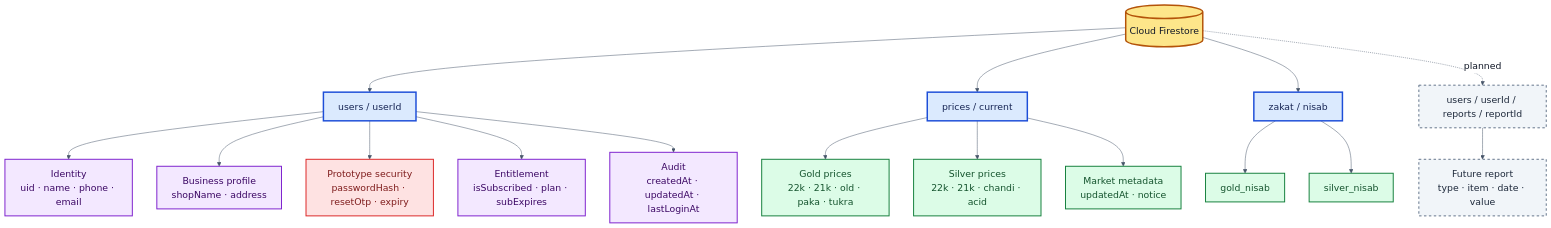
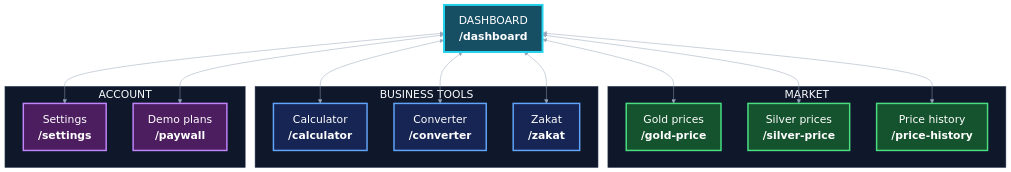
Before and after one commit to Rihabz1/Swarnakar: the fourth of 8 diagrams in README.md, drawn with Mermaid. The commit also changed other lines of this file and 32 other files, not shown here.

```diff
--- a/README.md
+++ b/README.md
@@ -277,38 +276,40 @@
 ~~~mermaid
-%%{init: {"theme":"base","themeVariables":{"darkMode":false,"background":"#FFFFFF","fontSize":"19px","fontFamily":"Arial","textColor":"#111827","primaryTextColor":"#111827","secondaryTextColor":"#111827","tertiaryTextColor":"#111827","lineColor":"#475569","edgeLabelBackground":"#FFFFFF","clusterBkg":"#F8FAFC","clusterBorder":"#64748B","clusterTextColor":"#111827","titleColor":"#111827"}}}%%
+%%{init: {"theme":"base","flowchart":{"curve":"basis","nodeSpacing":55,"rankSpacing":70},"themeVariables":{"background":"#0D1117","fontSize":"22px","fontFamily":"Arial","primaryTextColor":"#F8FAFC","secondaryTextColor":"#F8FAFC","tertiaryTextColor":"#F8FAFC","lineColor":"#94A3B8","edgeLabelBackground":"#111827","clusterBkg":"#0F172A","clusterBorder":"#475569","clusterTextColor":"#F8FAFC"}}}%%
 flowchart TB
-    DB[("Cloud Firestore")]
+    Home["DASHBOARD<br/><b>/dashboard</b>"]
 
-    DB --> Users["users / userId"]
-    DB --> Prices["prices / current"]
-    DB --> Nisab["zakat / nisab"]
-    DB -. planned .-> Reports["users / userId / reports / reportId"]
+    subgraph Market["MARKET"]
+        Gold["Gold prices<br/><b>/gold-price</b>"]
+        Silver["Silver prices<br/><b>/silver-price</b>"]
+        History["Price history<br/><b>/price-history</b>"]
+    end
 
-    Users --> Identity["Identity<br/>uid · name · phone · email"]
-    Users --> Business["Business profile<br/>shopName · address"]
-    Users --> Security["Prototype security<br/>passwordHash · resetOtp · expiry"]
-    Users --> Subscription["Entitlement<br/>isSubscribed · plan · subExpires"]
-    Users --> Audit["Audit<br/>createdAt · updatedAt · lastLoginAt"]
+    subgraph Tools["BUSINESS TOOLS"]
+        Calc["Calculator<br/><b>/calculator</b>"]
+        Convert["Converter<br/><b>/converter</b>"]
+        Zakat["Zakat<br/><b>/zakat</b>"]
+    end
 
-    Prices --> GoldFields["Gold prices<br/>22k · 21k · old · paka · tukra"]
-    Prices --> SilverFields["Silver prices<br/>22k · 21k · chandi · acid"]
-    Prices --> MarketMeta["Market metadata<br/>updatedAt · notice"]
+    subgraph Account["ACCOUNT"]
+        Settings["Settings<br/><b>/settings</b>"]
+        Paywall["Demo plans<br/><b>/paywall</b>"]
+    end
 
-    Nisab --> GoldNisab["gold_nisab"]
-    Nisab --> SilverNisab["silver_nisab"]
+    Home <--> Gold
+    Home <--> Silver
+    Home <--> History
+    Home <--> Calc
+    Home <--> Convert
+    Home <--> Zakat
+    Home <--> Settings
+    Home <--> Paywall
 
-    Reports --> ReportFields["Future report<br/>type · item · date · value"]
-
-    classDef database fill:#FDE68A,stroke:#B45309,color:#111827,stroke-width:3px;
-    classDef collection fill:#DBEAFE,stroke:#1D4ED8,color:#172554,stroke-width:3px;
-    classDef profile fill:#F3E8FF,stroke:#7E22CE,color:#3B0764,stroke-width:2px;
-    classDef market fill:#DCFCE7,stroke:#15803D,color:#14532D,stroke-width:2px;
-    classDef warning fill:#FEE2E2,stroke:#DC2626,color:#7F1D1D,stroke-width:2px;
-    classDef future fill:#F1F5F9,stroke:#64748B,color:#1E293B,stroke-width:2px,stroke-dasharray:5 5;
-    class DB database;
-    class Users,Prices,Nisab collection;
-    class Identity,Business,Subscription,Audit profile;
-    class GoldFields,SilverFields,MarketMeta,GoldNisab,SilverNisab market;
-    class Security warning;
-    class Reports,ReportFields future;
+    classDef home fill:#164E63,stroke:#22D3EE,color:#FFFFFF,stroke-width:4px;
+    classDef market fill:#14532D,stroke:#4ADE80,color:#FFFFFF,stroke-width:3px;
+    classDef tool fill:#172554,stroke:#60A5FA,color:#FFFFFF,stroke-width:3px;
+    classDef account fill:#4C1D5F,stroke:#C084FC,color:#FFFFFF,stroke-width:3px;
+    class Home home;
+    class Gold,Silver,History market;
+    class Calc,Convert,Zakat tool;
+    class Settings,Paywall account;
 ~~~
```
